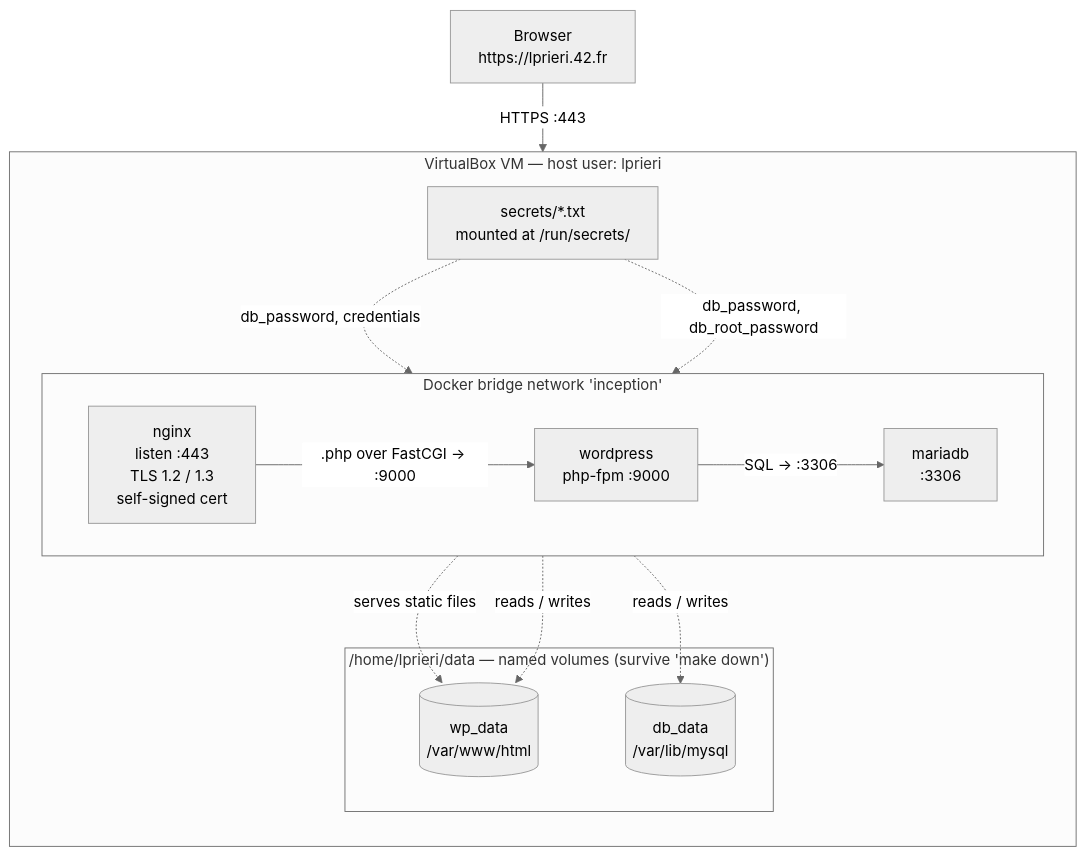
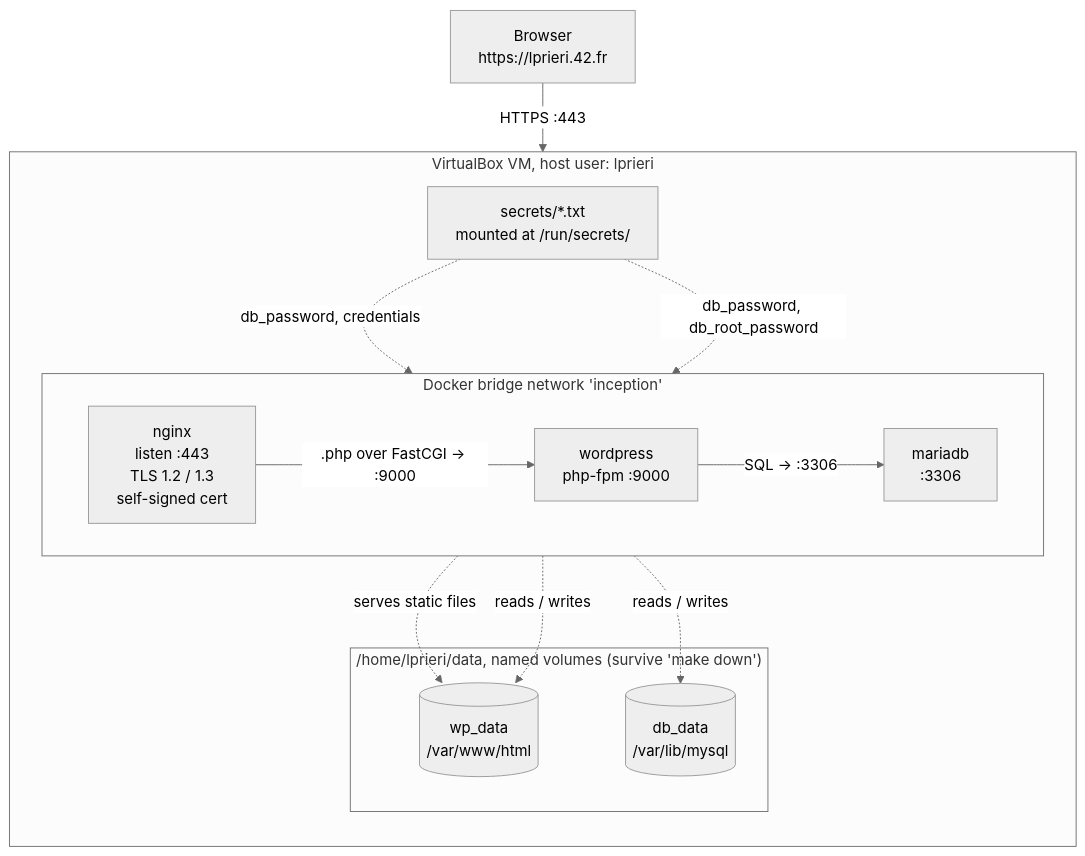
Before and after one commit to LisandroPrieri/Inception: the diagram in learner_notes.md, drawn with Mermaid (neutral theme). The commit also changed other lines of this file and 6 other files, not shown here.

````diff
--- a/learner_notes.md
+++ b/learner_notes.md
@@ -370,32 +370,32 @@
 ```mermaid
 flowchart TB
     browser["Browser<br/>https://lprieri.42.fr"]
 
-    subgraph vm["VirtualBox VM — host user: lprieri"]
+    subgraph vm["VirtualBox VM, host user: lprieri"]
         direction TB
         subgraph net["Docker bridge network 'inception'"]
             direction LR
             nginx["nginx<br/>listen :443<br/>TLS 1.2 / 1.3<br/>self-signed cert"]
             wp["wordpress<br/>php-fpm :9000"]
             db["mariadb<br/>:3306"]
         end
 
-        subgraph data["/home/lprieri/data — named volumes (survive 'make down')"]
+        subgraph data["/home/lprieri/data, named volumes (survive 'make down')"]
             wpfiles[("wp_data<br/>/var/www/html")]
             dbfiles[("db_data<br/>/var/lib/mysql")]
         end
 
         secrets["secrets/*.txt<br/>mounted at /run/secrets/"]
     end
 
     browser -->|"HTTPS :443"| nginx
     nginx -->|".php over FastCGI → :9000"| wp
     wp -->|"SQL → :3306"| db
 
     nginx -. "serves static files" .-> wpfiles
     wp -. "reads / writes" .-> wpfiles
     db -. "reads / writes" .-> dbfiles
 
     secrets -. "db_password, credentials" .-> wp
     secrets -. "db_password, db_root_password" .-> db
 ```
````
